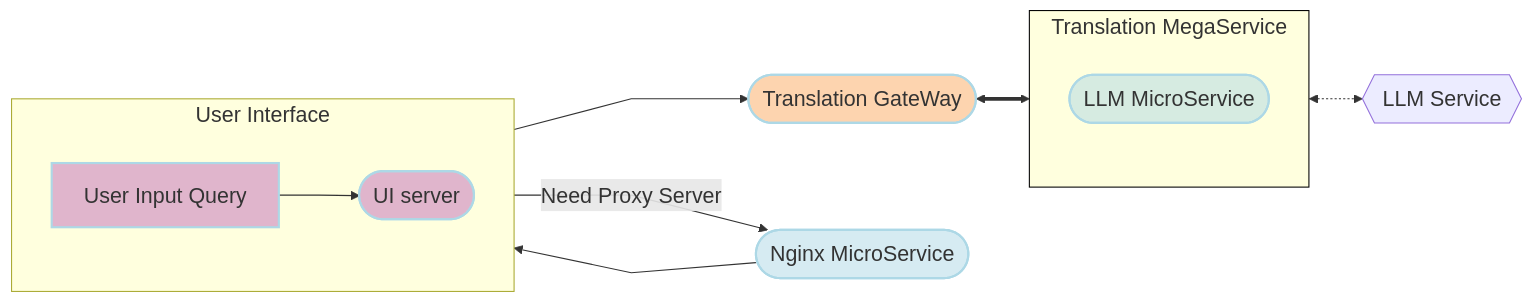
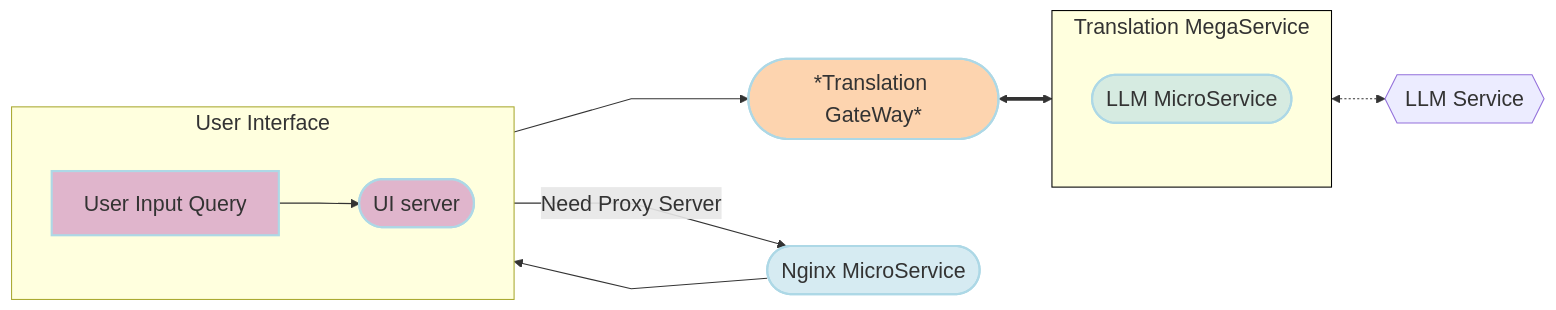
One commit to VCharrua/free-genai-bootcamp-2025 changed the diagram in opea-comps/mega-service/translation/README.md. Above: the diagram before and after it, drawn with Mermaid. The commit also changed 9 other files, not shown here.

Commit message:
#31 Refactor flowchart in README.md to enhance clarity and structure of the Vocabulary Importer components

````diff
--- a/opea-comps/mega-service/translation/README.md
+++ b/opea-comps/mega-service/translation/README.md
@@ -12,48 +12,48 @@
 ```mermaid
 ---
 config:
   flowchart:
     nodeSpacing: 100
     curve: linear
   themeVariables:
     fontSize: 20px
 ---
 flowchart LR
     %% Colors %%
     classDef blue fill:#ADD8E6,stroke:#ADD8E6,stroke-width:2px,fill-opacity:0.5
     classDef orange fill:#FBAA60,stroke:#ADD8E6,stroke-width:2px,fill-opacity:0.5
     classDef orchid fill:#C26DBC,stroke:#ADD8E6,stroke-width:2px,fill-opacity:0.5
     classDef invisible fill:transparent,stroke:transparent;
     style Translation-MegaService stroke:#000000
 
     %% Subgraphs %%
-    subgraph Translation-MegaService["Translation MegaService "]
+    subgraph Translation-MegaService[" Translation MegaService "]
         direction LR
         LLM([LLM MicroService]):::blue
     end
     subgraph UserInterface[" User Interface "]
         direction LR
         a([User Input Query]):::orchid
         UI([UI server<br>]):::orchid
     end
 
 
     LLM_gen{{LLM Service <br>}}
-    GW([Translation GateWay<br>]):::orange
+    GW([*Translation GateWay*<br>]):::orange
     NG([Nginx MicroService]):::blue
 
 
     %% Questions interaction
     direction LR
     a[User Input Query] --> UI
     a[User Input Query] --> |Need Proxy Server|NG
     NG --> UI
     UI --> GW
     GW <==> Translation-MegaService
 
 
     %% Embedding service flow
     direction LR
     LLM <-.-> LLM_gen
 
 ```
````
